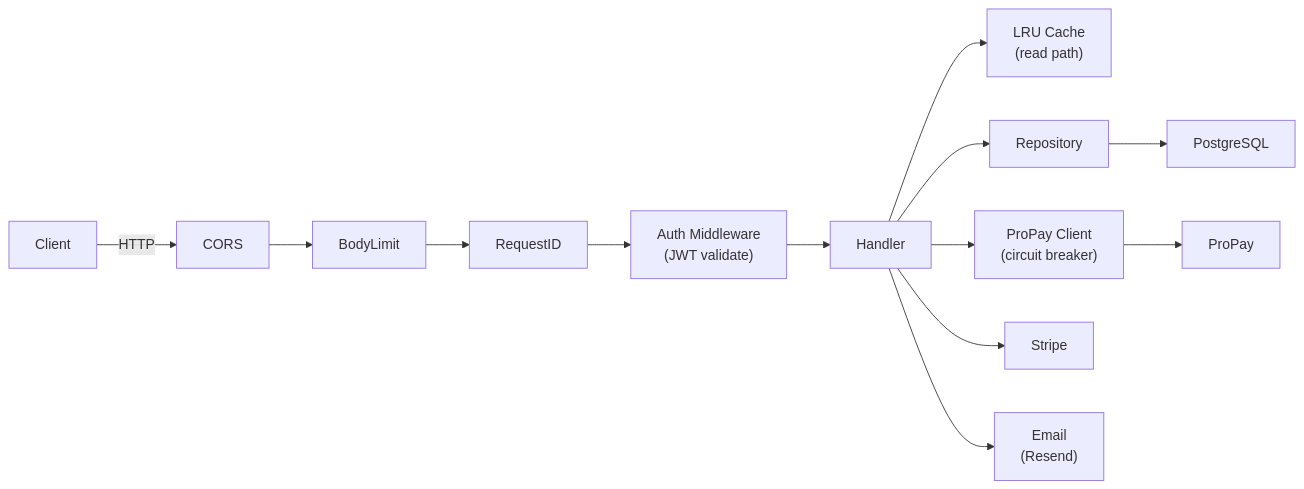
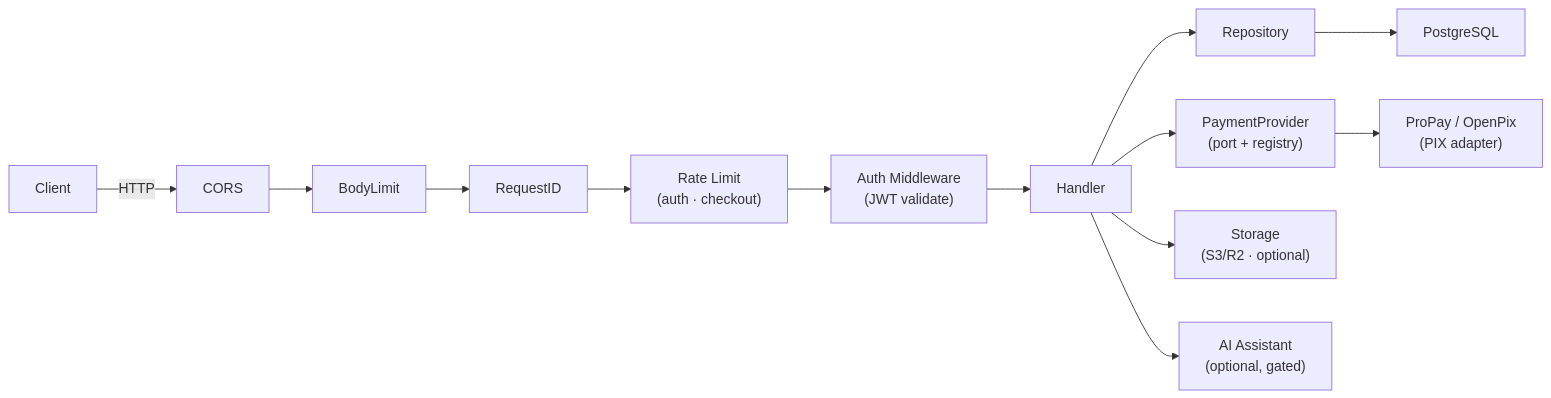
The first of 3 diagrams in readme.md (Bulletdev/bullet-commerce), drawn with Mermaid before and after one commit. The commit also changed other lines of this file and 31 other files, not shown here.

````diff
--- a/readme.md
+++ b/readme.md
@@ -202,15 +272,15 @@
 ```mermaid
 graph LR
     Client -->|HTTP| CORS
     CORS --> BodyLimit
     BodyLimit --> RequestID
-    RequestID --> Auth["Auth Middleware\n(JWT validate)"]
+    RequestID --> RateLimit["Rate Limit\n(auth · checkout)"]
+    RateLimit --> Auth["Auth Middleware\n(JWT validate)"]
     Auth --> Handler
-    Handler --> Cache["LRU Cache\n(read path)"]
     Handler --> Repository
     Repository --> PostgreSQL
-    Handler --> ProPayClient["ProPay Client\n(circuit breaker)"]
-    ProPayClient --> ProPay
-    Handler --> Stripe
-    Handler --> Resend["Email\n(Resend)"]
+    Handler --> Payment["PaymentProvider\n(port + registry)"]
+    Payment --> ProPay["ProPay / OpenPix\n(PIX adapter)"]
+    Handler --> Storage["Storage\n(S3/R2 · optional)"]
+    Handler --> AI["AI Assistant\n(optional, gated)"]
 ```
````
